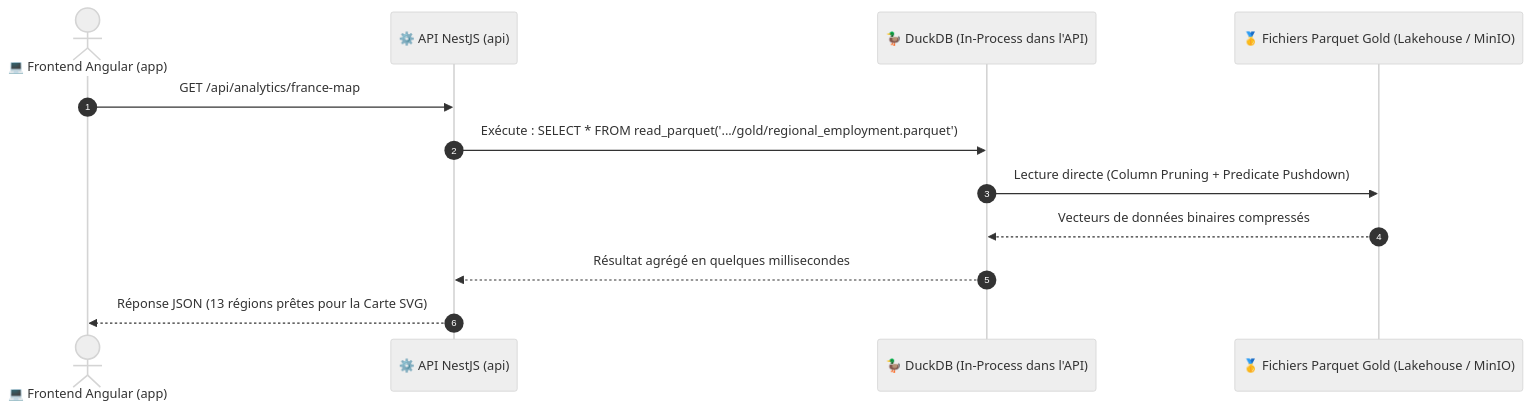
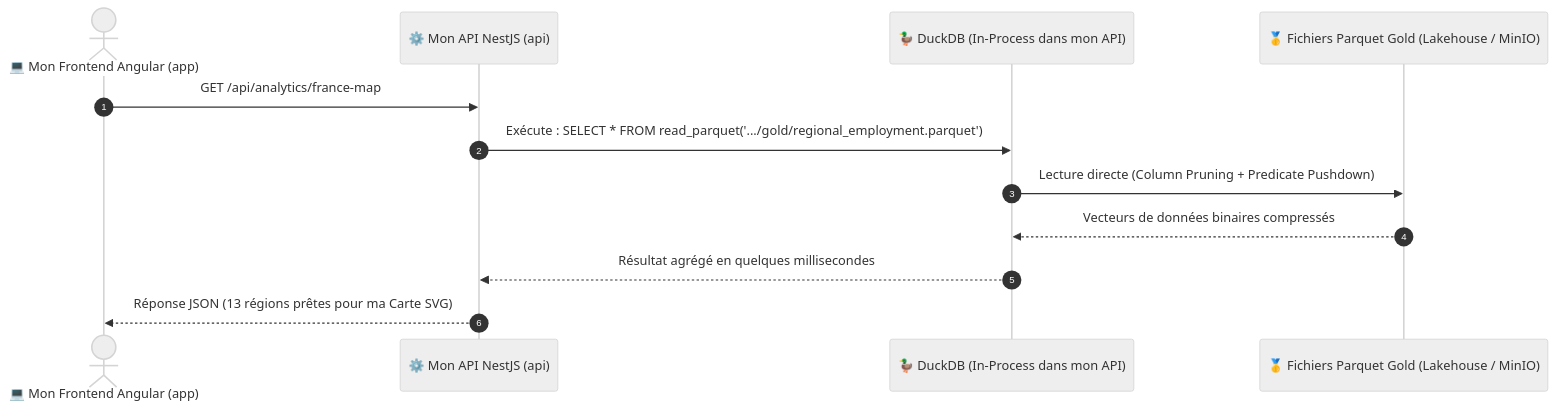
The second of 2 diagrams in docs/lakehouse/02.duckdb_zero_etl.md (Anon31/data-skills-radar-docs), drawn with Mermaid (neutral theme) before and after one commit. The commit also changed other lines of this file and 2 other files, not shown here.

````diff
--- a/docs/lakehouse/02.duckdb_zero_etl.md
+++ b/docs/lakehouse/02.duckdb_zero_etl.md
@@ -81,15 +81,15 @@
 ```mermaid
 sequenceDiagram
     autonumber
-    actor User as 💻 Frontend Angular (app)
-    participant API as ⚙️ API NestJS (api)
-    participant Duck as 🦆 DuckDB (In-Process dans l'API)
+    actor User as 💻 Mon Frontend Angular (app)
+    participant API as ⚙️ Mon API NestJS (api)
+    participant Duck as 🦆 DuckDB (In-Process dans mon API)
     participant Gold as 🥇 Fichiers Parquet Gold (Lakehouse / MinIO)
 
     User->>API: GET /api/analytics/france-map
     API->>Duck: Exécute : SELECT * FROM read_parquet('.../gold/regional_employment.parquet')
     Duck->>Gold: Lecture directe (Column Pruning + Predicate Pushdown)
     Gold-->>Duck: Vecteurs de données binaires compressés
     Duck-->>API: Résultat agrégé en quelques millisecondes
-    API-->>User: Réponse JSON (13 régions prêtes pour la Carte SVG)
+    API-->>User: Réponse JSON (13 régions prêtes pour ma Carte SVG)
 ```
````
